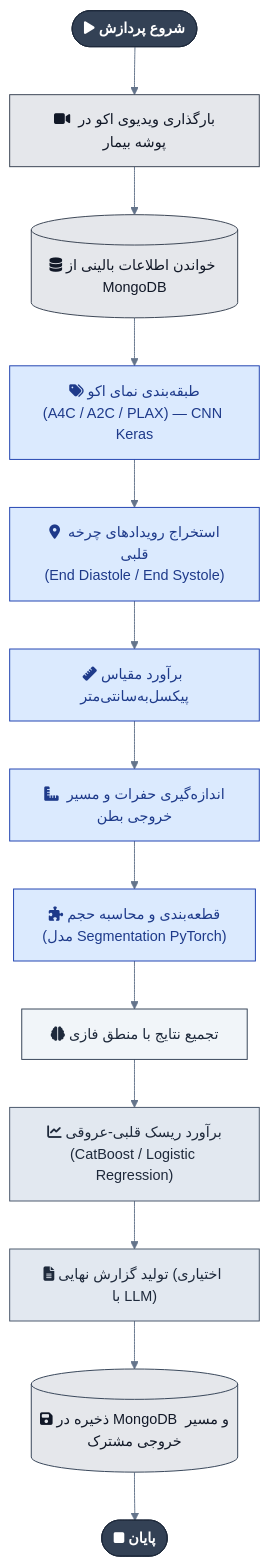
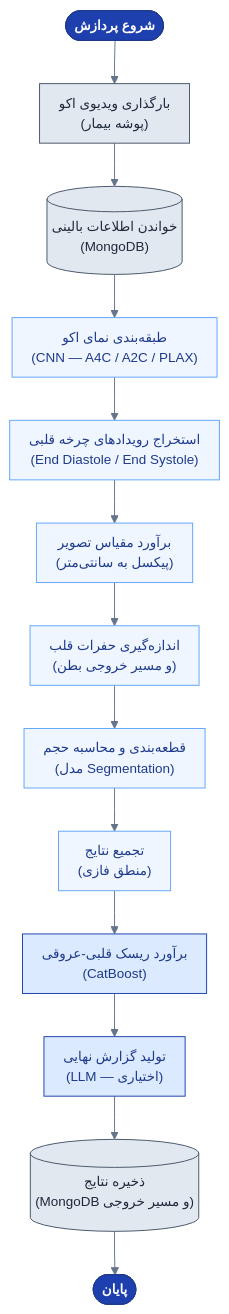
Before and after one commit to Mreza-mh/echo_prj: the diagram in docs/diagrams/v2/03_activity_echo_pipeline.mmd, drawn with Mermaid. The commit also changed 34 other files, not shown here.

```diff
--- a/docs/diagrams/v2/03_activity_echo_pipeline.mmd
+++ b/docs/diagrams/v2/03_activity_echo_pipeline.mmd
@@ -1,21 +1,19 @@
-%%{init: {'theme':'base', 'themeVariables': {'primaryColor':'#f1f5f9','primaryBorderColor':'#334155','primaryTextColor':'#1e293b','lineColor':'#64748b','fontSize':'15px'}}}%%
+%%{init: {'theme':'base', 'flowchart': {'curve':'linear', 'nodeSpacing':45, 'rankSpacing':45, 'padding':10}, 'themeVariables': {'primaryColor':'#eff6ff','primaryBorderColor':'#1e40af','primaryTextColor':'#1e293b','lineColor':'#64748b','fontSize':'14px'}}}%%
 flowchart TD
-    classDef startEnd fill:#334155,stroke:#1e293b,color:#fff,font-weight:bold
-    classDef io fill:#e5e7eb,stroke:#374151,color:#111827
-    classDef cv fill:#dbeafe,stroke:#1e40af,color:#1e3a8a
-    classDef ml fill:#e2e8f0,stroke:#475569,color:#1e293b
-    classDef fuzzy fill:#f1f5f9,stroke:#334155,color:#1e293b
-    classDef out fill:#e5e7eb,stroke:#334155,color:#111827
+    classDef startEnd fill:#1e40af,stroke:#1e3a8a,color:#ffffff,font-weight:bold
+    classDef io fill:#e2e8f0,stroke:#475569,color:#1e293b
+    classDef cv fill:#eff6ff,stroke:#60a5fa,color:#1e3a8a
+    classDef ml fill:#dbeafe,stroke:#1e40af,color:#1e3a8a
 
-    Start(["fa:fa-play شروع پردازش"]):::startEnd --> A["fa:fa-video بارگذاری ویدیوی اکو در پوشه بیمار"]:::io
-    A --> B[("fa:fa-database خواندن اطلاعات بالینی از MongoDB")]:::io
-    B --> C["fa:fa-tags طبقه‌بندی نمای اکو\n(A4C / A2C / PLAX) — CNN Keras"]:::cv
-    C --> D["fa:fa-map-marker-alt استخراج رویدادهای چرخه قلبی\n(End Diastole / End Systole)"]:::cv
-    D --> E["fa:fa-ruler برآورد مقیاس پیکسل‌به‌سانتی‌متر"]:::cv
-    E --> F["fa:fa-ruler-combined اندازه‌گیری حفرات و مسیر خروجی بطن"]:::cv
-    F --> G["fa:fa-puzzle-piece قطعه‌بندی و محاسبه حجم\n(مدل Segmentation PyTorch)"]:::cv
-    G --> H["fa:fa-brain تجمیع نتایج با منطق فازی"]:::fuzzy
-    H --> I["fa:fa-chart-line برآورد ریسک قلبی-عروقی\n(CatBoost / Logistic Regression)"]:::ml
-    I --> J["fa:fa-file-alt تولید گزارش نهایی (اختیاری با LLM)"]:::ml
-    J --> K[("fa:fa-save ذخیره در MongoDB و مسیر خروجی مشترک")]:::out
-    K --> End(["fa:fa-stop پایان"]):::startEnd
+    Start(["شروع پردازش"]):::startEnd --> A["بارگذاری ویدیوی اکو<br/>(پوشه بیمار)"]:::io
+    A --> B[("خواندن اطلاعات بالینی<br/>(MongoDB)")]:::io
+    B --> C["طبقه‌بندی نمای اکو<br/>(CNN — A4C / A2C / PLAX)"]:::cv
+    C --> D["استخراج رویدادهای چرخه قلبی<br/>(End Diastole / End Systole)"]:::cv
+    D --> E["برآورد مقیاس تصویر<br/>(پیکسل به سانتی‌متر)"]:::cv
+    E --> F["اندازه‌گیری حفرات قلب<br/>(و مسیر خروجی بطن)"]:::cv
+    F --> G["قطعه‌بندی و محاسبه حجم<br/>(مدل Segmentation)"]:::cv
+    G --> H["تجمیع نتایج<br/>(منطق فازی)"]:::cv
+    H --> I["برآورد ریسک قلبی-عروقی<br/>(CatBoost)"]:::ml
+    I --> J["تولید گزارش نهایی<br/>(LLM — اختیاری)"]:::ml
+    J --> K[("ذخیره نتایج<br/>(MongoDB و مسیر خروجی)")]:::io
+    K --> End(["پایان"]):::startEnd
```
